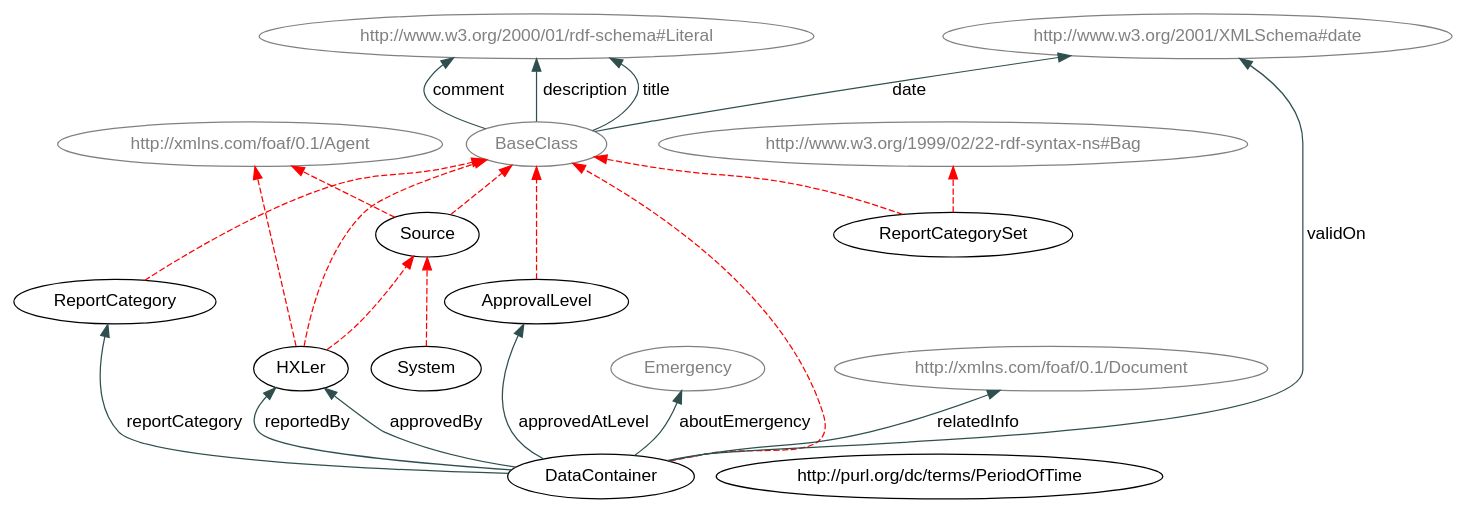
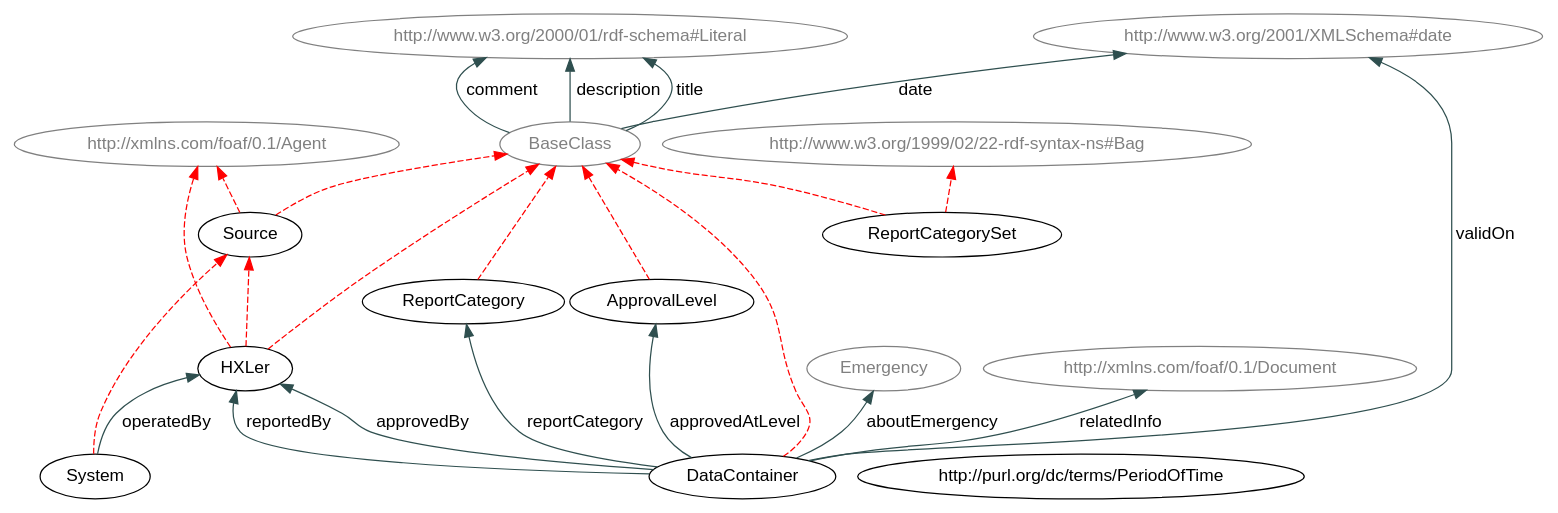
Before and after one commit to hxl-team/HXL-Vocab: the diagram in Tools/metadataSection.dot, drawn with Graphviz. The commit also changed 10 other files, not shown here.

```diff
--- a/Tools/metadataSection.dot
+++ b/Tools/metadataSection.dot
@@ -1,59 +1,60 @@
 digraph { 
  rankdir="BT";	
  charset="utf-8";
  overlap=false;
  edge [color=darkslategray];
  edge [fontname=Helvetica];
  node [fontname=Helvetica];
 
 "ApprovalLevel" [ URL = "./#ApprovalLevel"] ;
 		"BaseClass" [ URL = "./#ApprovalLevel" color="gray" fontcolor="gray"] ;
 				"ApprovalLevel" -> "BaseClass" [ color=red style="dashed" ]; 
 			"DataContainer" [ URL = "./#DataContainer"] ;
 		"BaseClass" [ URL = "./#DataContainer" color="gray" fontcolor="gray"] ;
 				"DataContainer" -> "BaseClass" [ color=red style="dashed" ]; 
 			"HXLer" [ URL = "./#HXLer"] ;
 		"http://xmlns.com/foaf/0.1/Agent" [ URL = "./#HXLer" color="gray" fontcolor="gray"] ;
 				"HXLer" -> "http://xmlns.com/foaf/0.1/Agent" [ color=red style="dashed" ]; 
 			"BaseClass" [ URL = "./#HXLer" color="gray" fontcolor="gray"] ;
 				"HXLer" -> "BaseClass" [ color=red style="dashed" ]; 
 			"HXLer" -> "Source" [ color=red style="dashed" ]; 
 			"ReportCategory" [ URL = "./#ReportCategory"] ;
 		"BaseClass" [ URL = "./#ReportCategory" color="gray" fontcolor="gray"] ;
 				"ReportCategory" -> "BaseClass" [ color=red style="dashed" ]; 
 			"ReportCategorySet" [ URL = "./#ReportCategorySet"] ;
 		"BaseClass" [ URL = "./#ReportCategorySet" color="gray" fontcolor="gray"] ;
 				"ReportCategorySet" -> "BaseClass" [ color=red style="dashed" ]; 
 			"http://www.w3.org/1999/02/22-rdf-syntax-ns#Bag" [ URL = "./#ReportCategorySet" color="gray" fontcolor="gray"] ;
 				"ReportCategorySet" -> "http://www.w3.org/1999/02/22-rdf-syntax-ns#Bag" [ color=red style="dashed" ]; 
 			"Source" [ URL = "./#Source"] ;
 		"http://xmlns.com/foaf/0.1/Agent" [ URL = "./#Source" color="gray" fontcolor="gray"] ;
 				"Source" -> "http://xmlns.com/foaf/0.1/Agent" [ color=red style="dashed" ]; 
 			"BaseClass" [ URL = "./#Source" color="gray" fontcolor="gray"] ;
 				"Source" -> "BaseClass" [ color=red style="dashed" ]; 
 			"System" [ URL = "./#System"] ;
 		"System" -> "Source" [ color=red style="dashed" ]; 
 			"http://purl.org/dc/terms/PeriodOfTime" [ URL = "./#http://purl.org/dc/terms/PeriodOfTime"] ;
 		"Emergency" [ URL = "./#Emergency" color="gray" fontcolor="gray"] ;
 					"DataContainer" -> "Emergency" [ label="aboutEmergency" URL = "./#aboutEmergency"]; 
 				"DataContainer" -> "ApprovalLevel" [ label="approvedAtLevel" URL = "./#approvedAtLevel"]; 
 				"DataContainer" -> "HXLer" [ label="approvedBy" URL = "./#approvedBy"]; 
 				"BaseClass" [ URL = "./#BaseClass" color="gray" fontcolor="gray"] ;
 				"http://www.w3.org/2000/01/rdf-schema#Literal" [ URL = "./#http://www.w3.org/2000/01/rdf-schema#Literal" color="gray" fontcolor="gray"] ;
 					"BaseClass" -> "http://www.w3.org/2000/01/rdf-schema#Literal" [ label="comment" URL = "./#comment"]; 
 				"BaseClass" [ URL = "./#BaseClass" color="gray" fontcolor="gray"] ;
 				"http://www.w3.org/2001/XMLSchema#date" [ URL = "./#http://www.w3.org/2001/XMLSchema#date" color="gray" fontcolor="gray"] ;
 					"BaseClass" -> "http://www.w3.org/2001/XMLSchema#date" [ label="date" URL = "./#date"]; 
 				"BaseClass" [ URL = "./#BaseClass" color="gray" fontcolor="gray"] ;
 				"http://www.w3.org/2000/01/rdf-schema#Literal" [ URL = "./#http://www.w3.org/2000/01/rdf-schema#Literal" color="gray" fontcolor="gray"] ;
 					"BaseClass" -> "http://www.w3.org/2000/01/rdf-schema#Literal" [ label="description" URL = "./#description"]; 
+				"System" -> "HXLer" [ label="operatedBy" URL = "./#operatedBy"]; 
 				"http://xmlns.com/foaf/0.1/Document" [ URL = "./#http://xmlns.com/foaf/0.1/Document" color="gray" fontcolor="gray"] ;
 					"DataContainer" -> "http://xmlns.com/foaf/0.1/Document" [ label="relatedInfo" URL = "./#relatedInfo"]; 
 				"DataContainer" -> "ReportCategory" [ label="reportCategory" URL = "./#reportCategory"]; 
 				"DataContainer" -> "HXLer" [ label="reportedBy" URL = "./#reportedBy"]; 
 				"BaseClass" [ URL = "./#BaseClass" color="gray" fontcolor="gray"] ;
 				"http://www.w3.org/2000/01/rdf-schema#Literal" [ URL = "./#http://www.w3.org/2000/01/rdf-schema#Literal" color="gray" fontcolor="gray"] ;
 					"BaseClass" -> "http://www.w3.org/2000/01/rdf-schema#Literal" [ label="title" URL = "./#title"]; 
 				"http://www.w3.org/2001/XMLSchema#date" [ URL = "./#http://www.w3.org/2001/XMLSchema#date" color="gray" fontcolor="gray"] ;
 					"DataContainer" -> "http://www.w3.org/2001/XMLSchema#date" [ label="validOn" URL = "./#validOn"]; 
 				}
```
